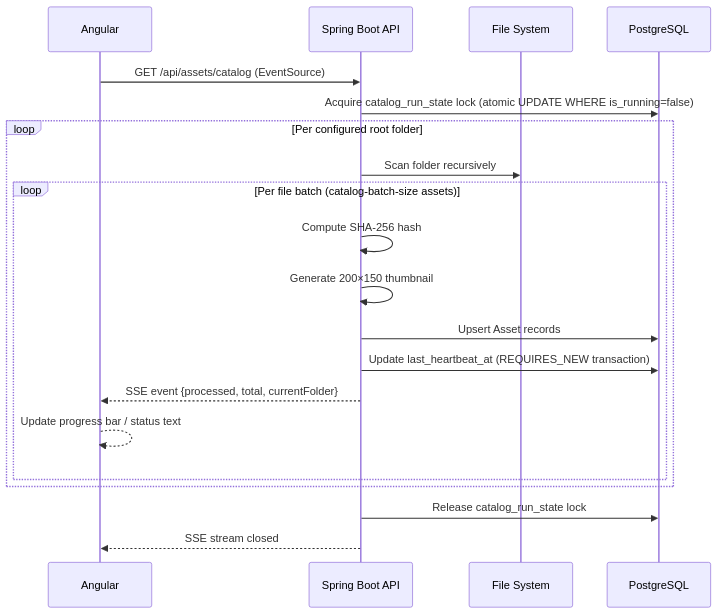
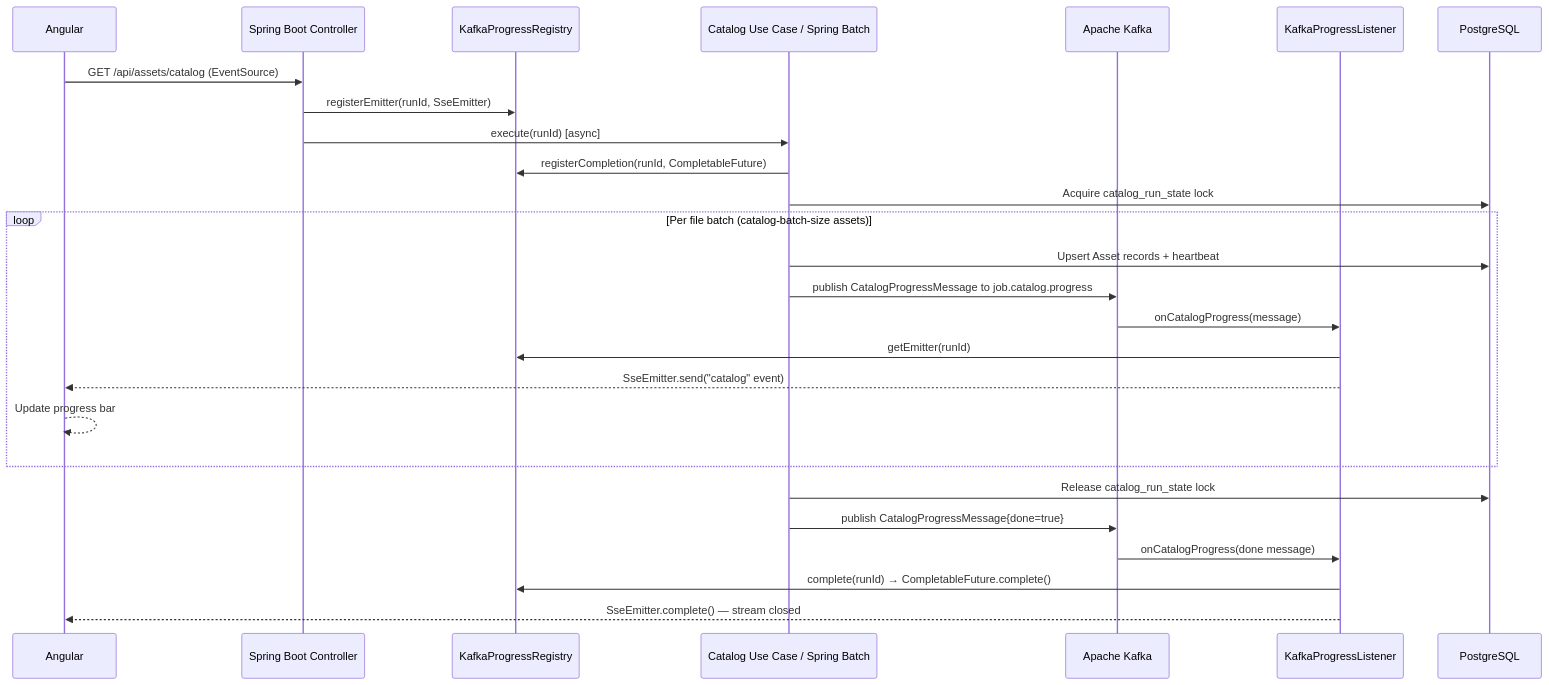
One commit to jpablodrexler/jp-photo-manager changed the fifth of 6 diagrams in JPPhotoManagerWeb/README.md. Above: the diagram before and after it, drawn with Mermaid. The commit also changed other lines of this file and 7 other files, not shown here.

First line of the commit message:
Implement kafka-catalog-pipeline: Kafka-mediated SSE progress pipeline

````diff
--- a/JPPhotoManagerWeb/README.md
+++ b/JPPhotoManagerWeb/README.md
@@ -500,25 +538,31 @@
 ```mermaid
 sequenceDiagram
     participant Angular
-    participant API as Spring Boot API
-    participant FS as File System
+    participant Controller as Spring Boot Controller
+    participant Registry as KafkaProgressRegistry
+    participant UseCase as Catalog Use Case / Spring Batch
+    participant Kafka as Apache Kafka
+    participant Listener as KafkaProgressListener
     participant DB as PostgreSQL
 
-    Angular->>API: GET /api/assets/catalog (EventSource)
-    API->>DB: Acquire catalog_run_state lock (atomic UPDATE WHERE is_running=false)
+    Angular->>Controller: GET /api/assets/catalog (EventSource)
+    Controller->>Registry: registerEmitter(runId, SseEmitter)
+    Controller->>UseCase: execute(runId) [async]
+    UseCase->>Registry: registerCompletion(runId, CompletableFuture)
+    UseCase->>DB: Acquire catalog_run_state lock
 
-    loop Per configured root folder
-        API->>FS: Scan folder recursively
-        loop Per file batch (catalog-batch-size assets)
-            API->>API: Compute SHA-256 hash
-            API->>API: Generate 200×150 thumbnail
-            API->>DB: Upsert Asset records
-            API->>DB: Update last_heartbeat_at (REQUIRES_NEW transaction)
-            API-->>Angular: SSE event {processed, total, currentFolder}
-            Angular-->>Angular: Update progress bar / status text
-        end
+    loop Per file batch (catalog-batch-size assets)
+        UseCase->>DB: Upsert Asset records + heartbeat
+        UseCase->>Kafka: publish CatalogProgressMessage to job.catalog.progress
+        Kafka->>Listener: onCatalogProgress(message)
+        Listener->>Registry: getEmitter(runId)
+        Listener-->>Angular: SseEmitter.send("catalog" event)
+        Angular-->>Angular: Update progress bar
     end
 
-    API->>DB: Release catalog_run_state lock
-    API-->>Angular: SSE stream closed
+    UseCase->>DB: Release catalog_run_state lock
+    UseCase->>Kafka: publish CatalogProgressMessage{done=true}
+    Kafka->>Listener: onCatalogProgress(done message)
+    Listener->>Registry: complete(runId) → CompletableFuture.complete()
+    Listener-->>Angular: SseEmitter.complete() — stream closed
 ```
````
